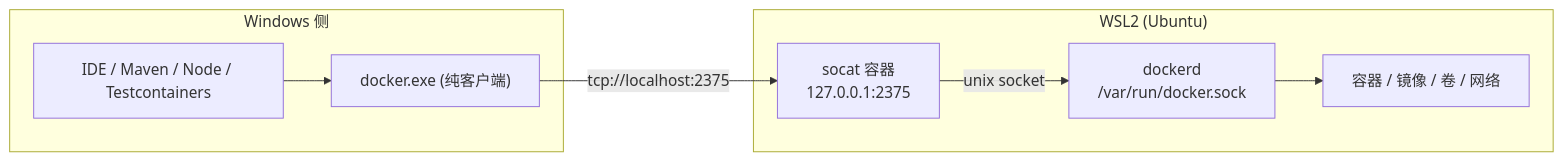
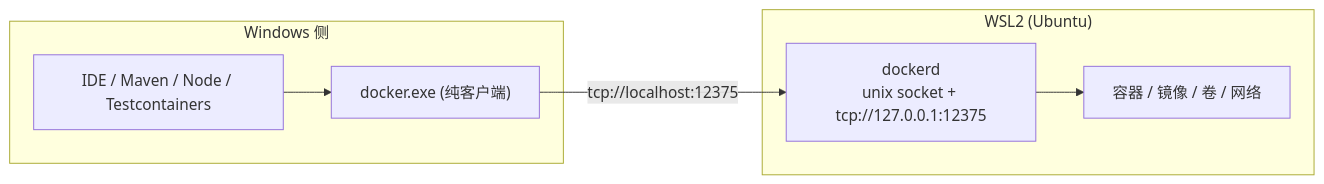
One commit to 1207575273/l-skill-hup changed the diagram in docs/20260802193801_Windows下WSL2-Docker开发环境实践.md. Above: the diagram before and after it, drawn with Mermaid. The commit also changed other lines of this file and 27 other files, not shown here.

First line of the commit message:
docs: 定位并缓解 WSL 周期性自动关闭,docker 改为 dockerd 原生监听 12375

````diff
--- a/docs/20260802193801_Windows下WSL2-Docker开发环境实践.md
+++ b/docs/20260802193801_Windows下WSL2-Docker开发环境实践.md
@@ -9,17 +9,15 @@
 ```mermaid
 flowchart LR
     subgraph win["Windows 侧"]
         CLI["docker.exe (纯客户端)"]
         IDE["IDE / Maven / Node / Testcontainers"]
     end
     subgraph wsl["WSL2 (Ubuntu)"]
-        SOCAT["socat 容器<br/>127.0.0.1:2375"]
-        D["dockerd<br/>/var/run/docker.sock"]
+        D["dockerd<br/>unix socket + tcp://127.0.0.1:12375"]
         C["容器 / 镜像 / 卷 / 网络"]
     end
 
-    CLI -->|"tcp://localhost:2375"| SOCAT
+    CLI -->|"tcp://localhost:12375"| D
     IDE --> CLI
-    SOCAT -->|unix socket| D
     D --> C
 ```
````
